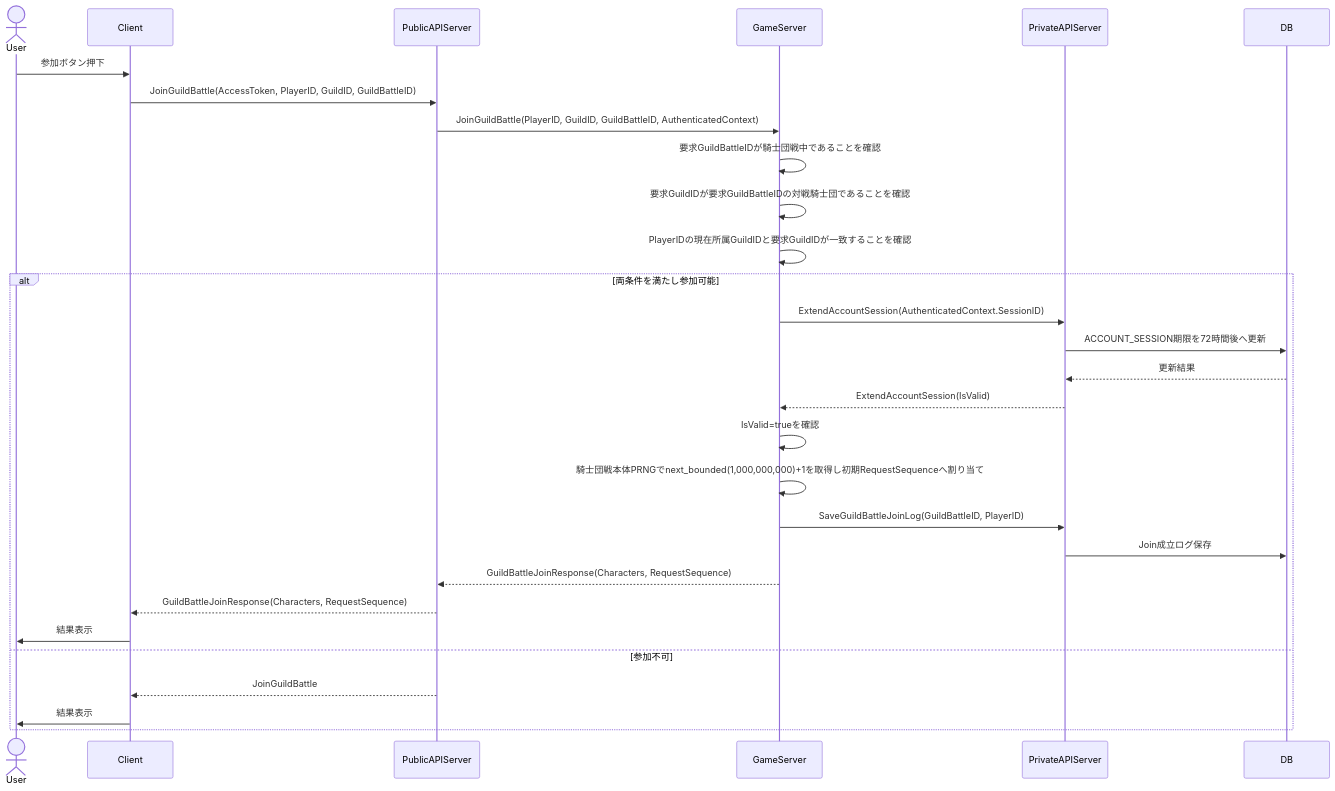
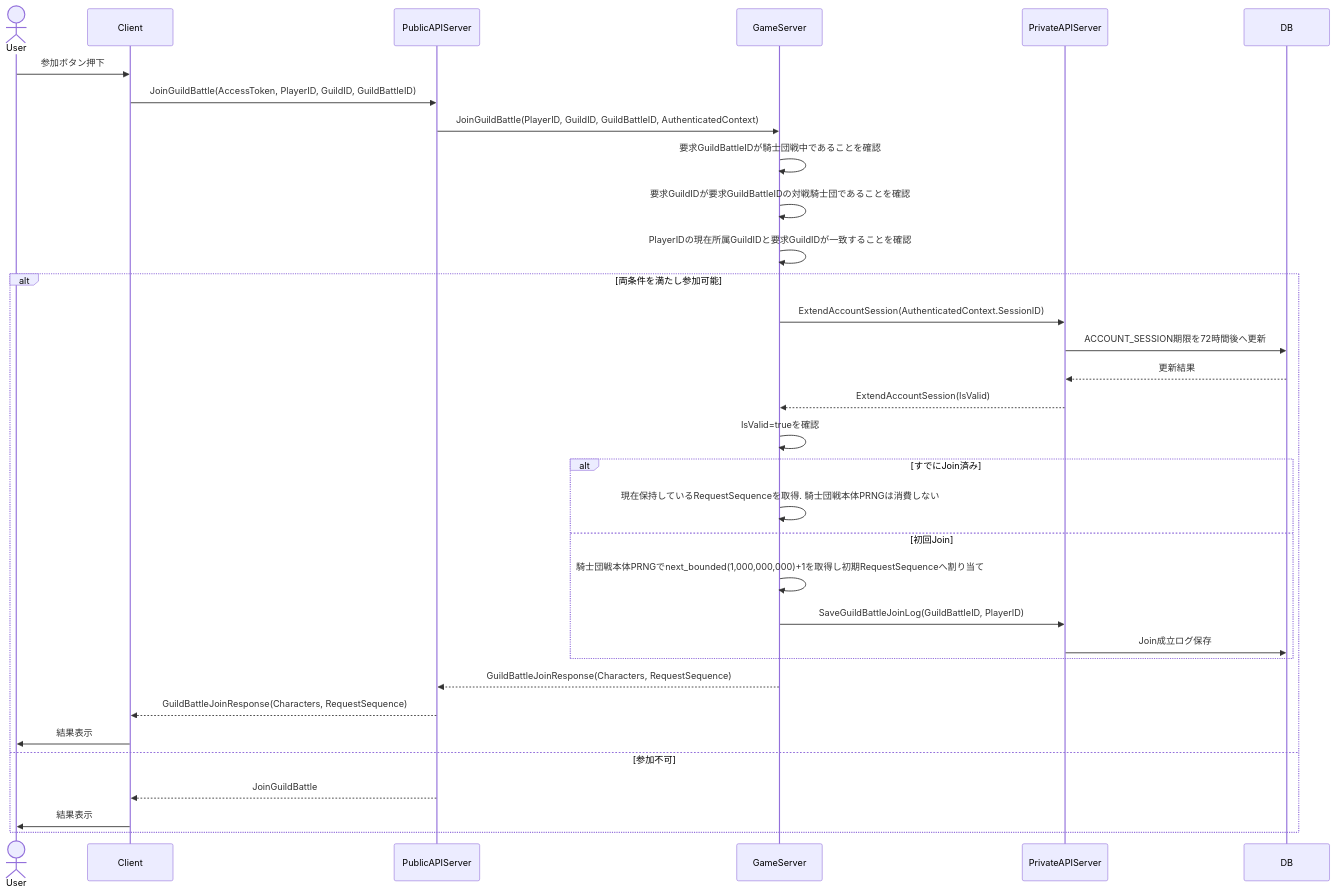
The fifth of 16 diagrams in design/guild_battle.md (ReHydrangeaOdyssey/Specifications), drawn with Mermaid before and after one commit. The commit also changed other lines of this file and 13 other files, not shown here.

````diff
--- a/design/guild_battle.md
+++ b/design/guild_battle.md
@@ -141,34 +141,38 @@
 ```mermaid
 sequenceDiagram
     actor User
     participant Client
     participant PublicAPIServer
     participant GameServer
     participant PrivateAPIServer
     participant DB
 
     User ->> Client: 参加ボタン押下
     Client ->> PublicAPIServer: JoinGuildBattle(AccessToken, PlayerID, GuildID, GuildBattleID)
     PublicAPIServer ->> GameServer: JoinGuildBattle(PlayerID, GuildID, GuildBattleID, AuthenticatedContext)
     GameServer ->> GameServer: 要求GuildBattleIDが騎士団戦中であることを確認
     GameServer ->> GameServer: 要求GuildIDが要求GuildBattleIDの対戦騎士団であることを確認
     GameServer ->> GameServer: PlayerIDの現在所属GuildIDと要求GuildIDが一致することを確認
 
     alt 両条件を満たし参加可能
         GameServer ->> PrivateAPIServer: ExtendAccountSession(AuthenticatedContext.SessionID)
         PrivateAPIServer ->> DB: ACCOUNT_SESSION期限を72時間後へ更新
         DB -->> PrivateAPIServer: 更新結果
         PrivateAPIServer -->> GameServer: ExtendAccountSession(IsValid)
         GameServer->>GameServer: IsValid=trueを確認
-        GameServer->>GameServer: 騎士団戦本体PRNGでnext_bounded(1,000,000,000)+1を取得し初期RequestSequenceへ割り当て
-        GameServer->>PrivateAPIServer: SaveGuildBattleJoinLog(GuildBattleID, PlayerID)
-        PrivateAPIServer->>DB: Join成立ログ保存
+        alt すでにJoin済み
+            GameServer->>GameServer: 現在保持しているRequestSequenceを取得. 騎士団戦本体PRNGは消費しない
+        else 初回Join
+            GameServer->>GameServer: 騎士団戦本体PRNGでnext_bounded(1,000,000,000)+1を取得し初期RequestSequenceへ割り当て
+            GameServer->>PrivateAPIServer: SaveGuildBattleJoinLog(GuildBattleID, PlayerID)
+            PrivateAPIServer->>DB: Join成立ログ保存
+        end
         GameServer -->> PublicAPIServer: GuildBattleJoinResponse(Characters, RequestSequence)
         PublicAPIServer -->> Client: GuildBattleJoinResponse(Characters, RequestSequence)
         Client ->> User: 結果表示
     else 参加不可
         PublicAPIServer -->> Client: JoinGuildBattle
         Client ->> User: 結果表示
     end
 
 ```
````
